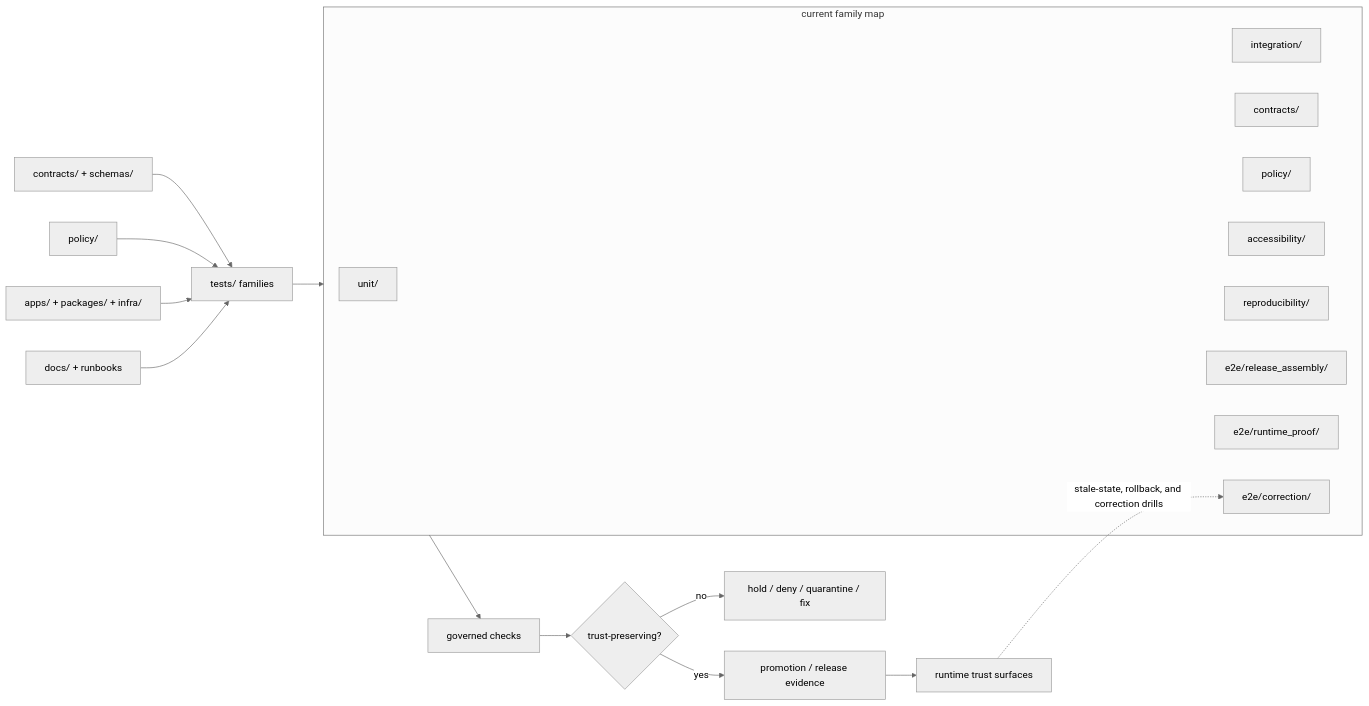
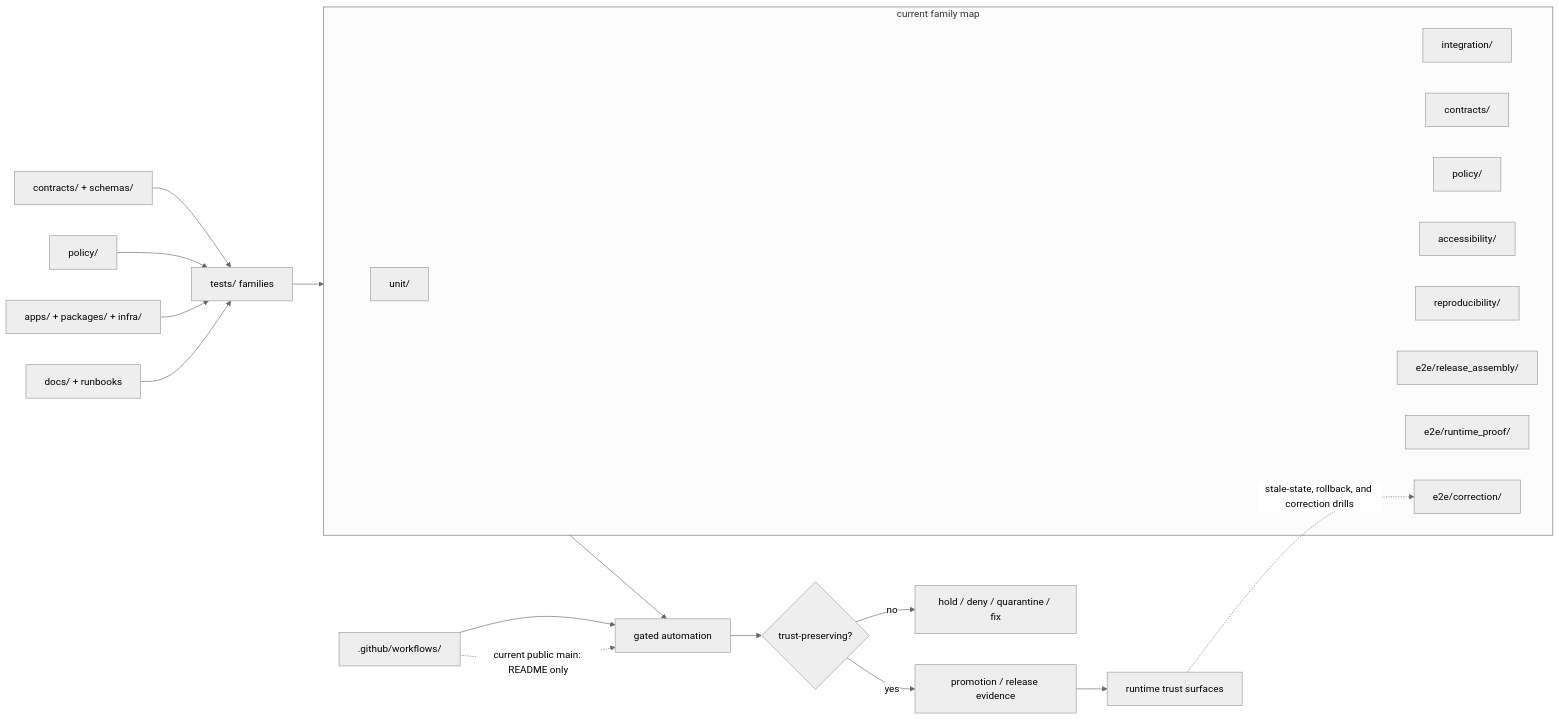
One commit to bartytime4life/Kansas-Frontier-Matrix changed the diagram in tests/README.md. Above: the diagram before and after it, drawn with Mermaid (neutral theme). The commit also changed other lines of this file, not shown here.

````diff
--- a/tests/README.md
+++ b/tests/README.md
@@ -297,29 +312,31 @@
 ```mermaid
 flowchart LR
     C["contracts/ + schemas/"] --> T["tests/ families"]
     P["policy/"] --> T
     A["apps/ + packages/ + infra/"] --> T
     D["docs/ + runbooks"] --> T
+    W[".github/workflows/"] --> G["gated automation"]
 
     subgraph F["current family map"]
       U["unit/"]
       I["integration/"]
       K["contracts/"]
       PO["policy/"]
       AX["accessibility/"]
       R["reproducibility/"]
       E["e2e/release_assembly/"]
       RP["e2e/runtime_proof/"]
       CO["e2e/correction/"]
     end
 
     T --> F
-    F --> G["governed checks"]
+    F --> G
     G --> Q{"trust-preserving?"}
 
     Q -->|no| H["hold / deny / quarantine / fix"]
     Q -->|yes| PR["promotion / release evidence"]
     PR --> RT["runtime trust surfaces"]
 
     RT -. stale-state, rollback, and correction drills .-> CO
+    W -. current public main: README only .-> G
 ```
````
